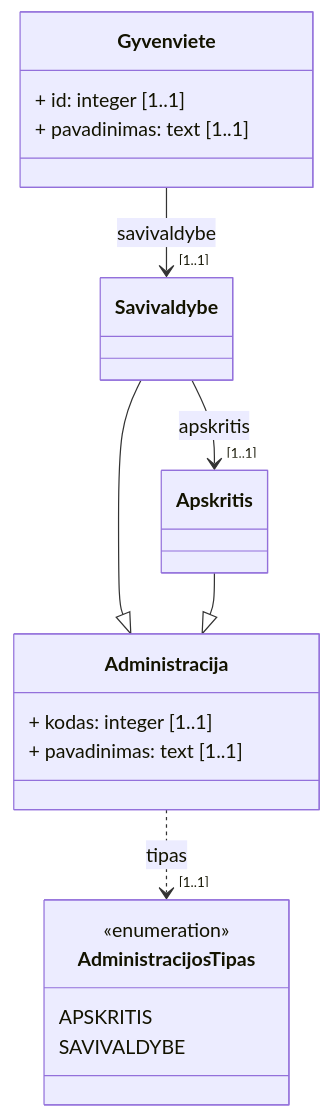
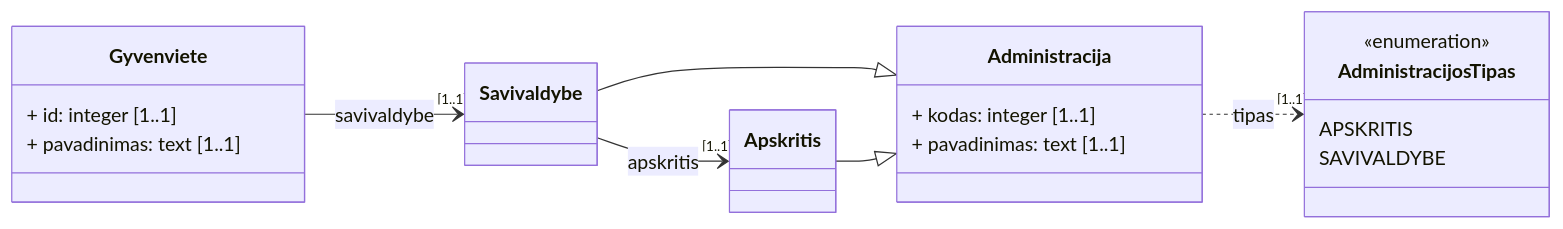
The first of 14 diagrams in _sources/modelis.rst (karina-klinkeviciute/dsa), drawn with Mermaid before and after one commit. The commit also changed other lines of this file and 15 other files, not shown here.

```diff
--- a/_sources/modelis.rst
+++ b/_sources/modelis.rst
@@ -26,28 +26,29 @@
 .. mermaid::
 
    classDiagram
+     direction LR
 
      class AdministracijosTipas {
        <<enumeration>> 
        APSKRITIS
        SAVIVALDYBE
      }
 
      class Administracija {
        + kodas: integer [1..1]
        + pavadinimas: text [1..1]
      }
 
      class Savivaldybe
      class Apskritis
      class Gyvenviete {
        + id: integer [1..1]
        + pavadinimas: text [1..1]
      }
 
    
      Savivaldybe --> "[1..1]" Apskritis : apskritis
      Gyvenviete --> "[1..1]" Savivaldybe : savivaldybe
      Savivaldybe --|> Administracija
      Apskritis --|> Administracija
      Administracija ..> "[1..1]" AdministracijosTipas : tipas
```
